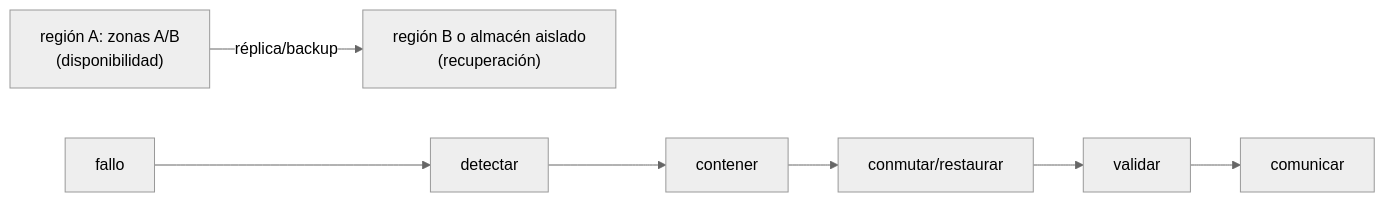
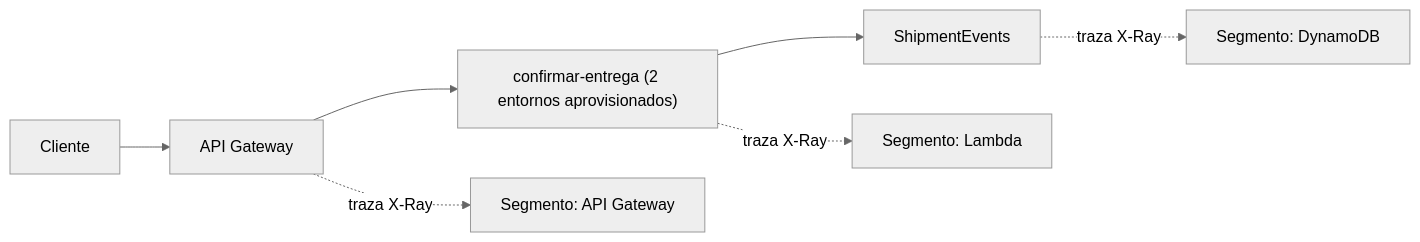
Before and after one commit to NICORUIZ93/The_Imperial_Book: the sixth of 14 diagrams in web/public/content/cloud/modulo-32.md, drawn with Mermaid (neutral theme). The commit also changed other lines of this file and 305 other files, not shown here.

````diff
--- a/web/public/content/cloud/modulo-32.md
+++ b/web/public/content/cloud/modulo-32.md
@@ -154,5 +175,9 @@
 ```mermaid
 flowchart LR
-    A["región A: zonas A/B\n(disponibilidad)"] -->|"réplica/backup"| B["región B o almacén aislado\n(recuperación)"]
-    F["fallo"] --> DET["detectar"] --> CONT["contener"] --> REST["conmutar/restaurar"] --> VAL["validar"] --> COM["comunicar"]
+  C["Cliente"] --> AG["API Gateway"]
+  AG --> L["confirmar-entrega (2 entornos aprovisionados)"]
+  L --> DB["ShipmentEvents"]
+  AG -.->|traza X-Ray| XR["Segmento: API Gateway"]
+  L -.->|traza X-Ray| XR2["Segmento: Lambda"]
+  DB -.->|traza X-Ray| XR3["Segmento: DynamoDB"]
 ```
````
